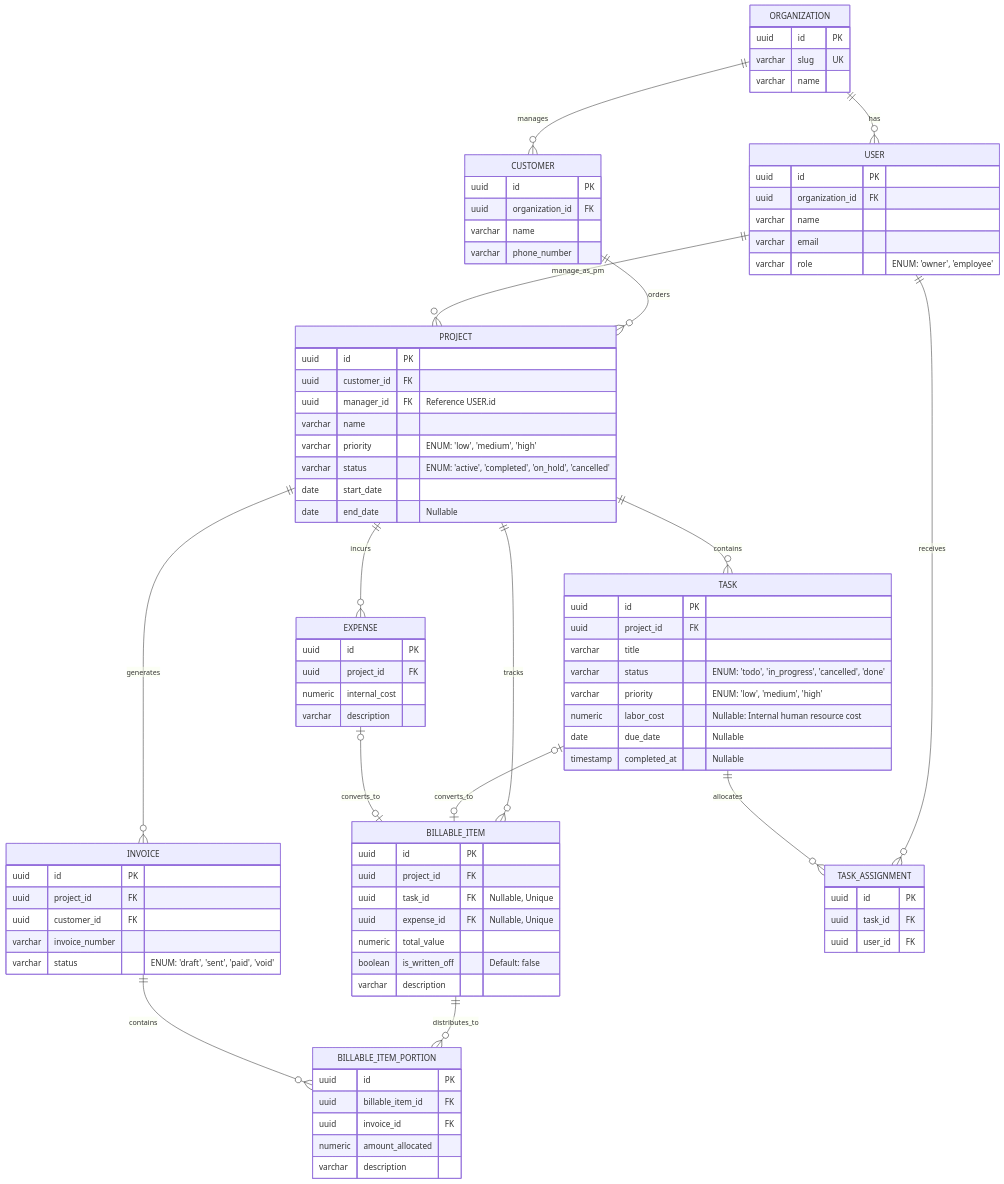
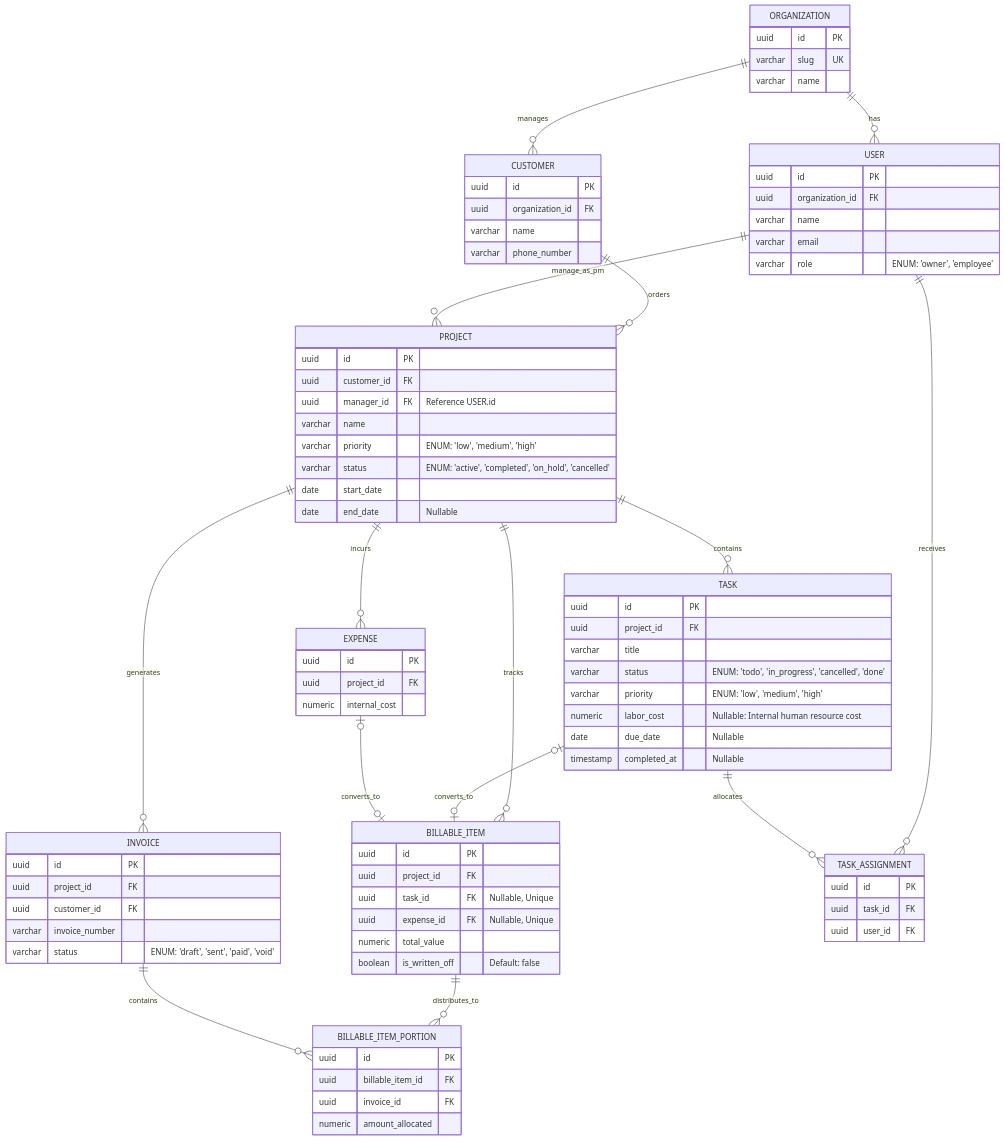
Before and after one commit to mauriciobarda/service-tenant-erp: the diagram in docs/database.md, drawn with Mermaid. The commit also changed other lines of this file, not shown here.

Commit message:
docs: add the description column to omitted metadata list and update ERD

```diff
--- a/docs/database.md
+++ b/docs/database.md
@@ -92,7 +92,6 @@
         uuid id PK
         uuid project_id FK
         numeric internal_cost
-        varchar description
     }
 
     BILLABLE_ITEM {
@@ -102,7 +101,6 @@
         uuid expense_id FK "Nullable, Unique"
         numeric total_value
         boolean is_written_off "Default: false"
-        varchar description
     }
 
     BILLABLE_ITEM_PORTION {
@@ -110,7 +108,6 @@
         uuid billable_item_id FK
         uuid invoice_id FK
         numeric amount_allocated
-        varchar description
     }
 
     INVOICE {
```
